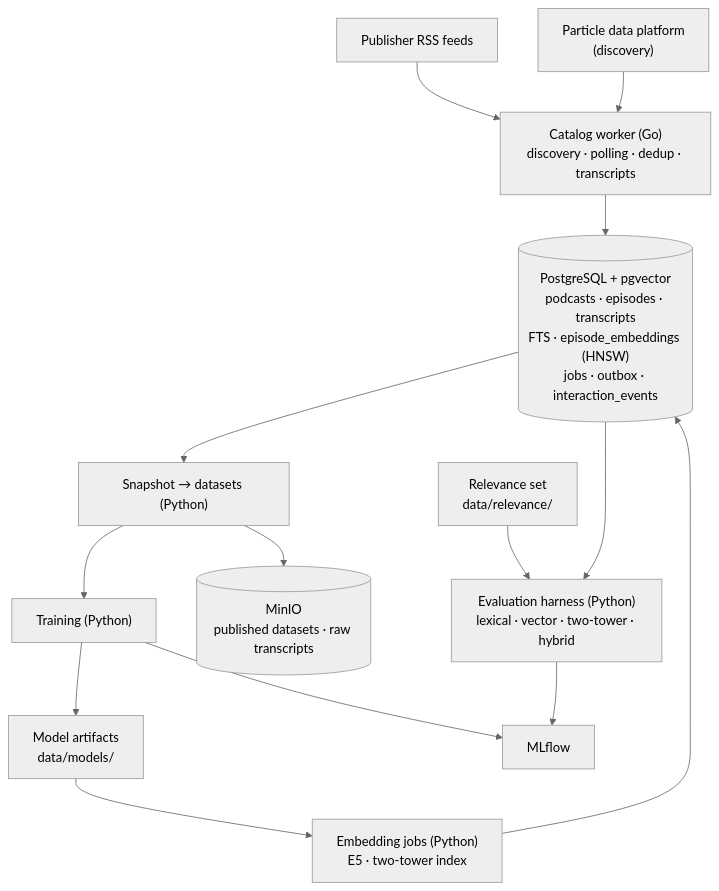
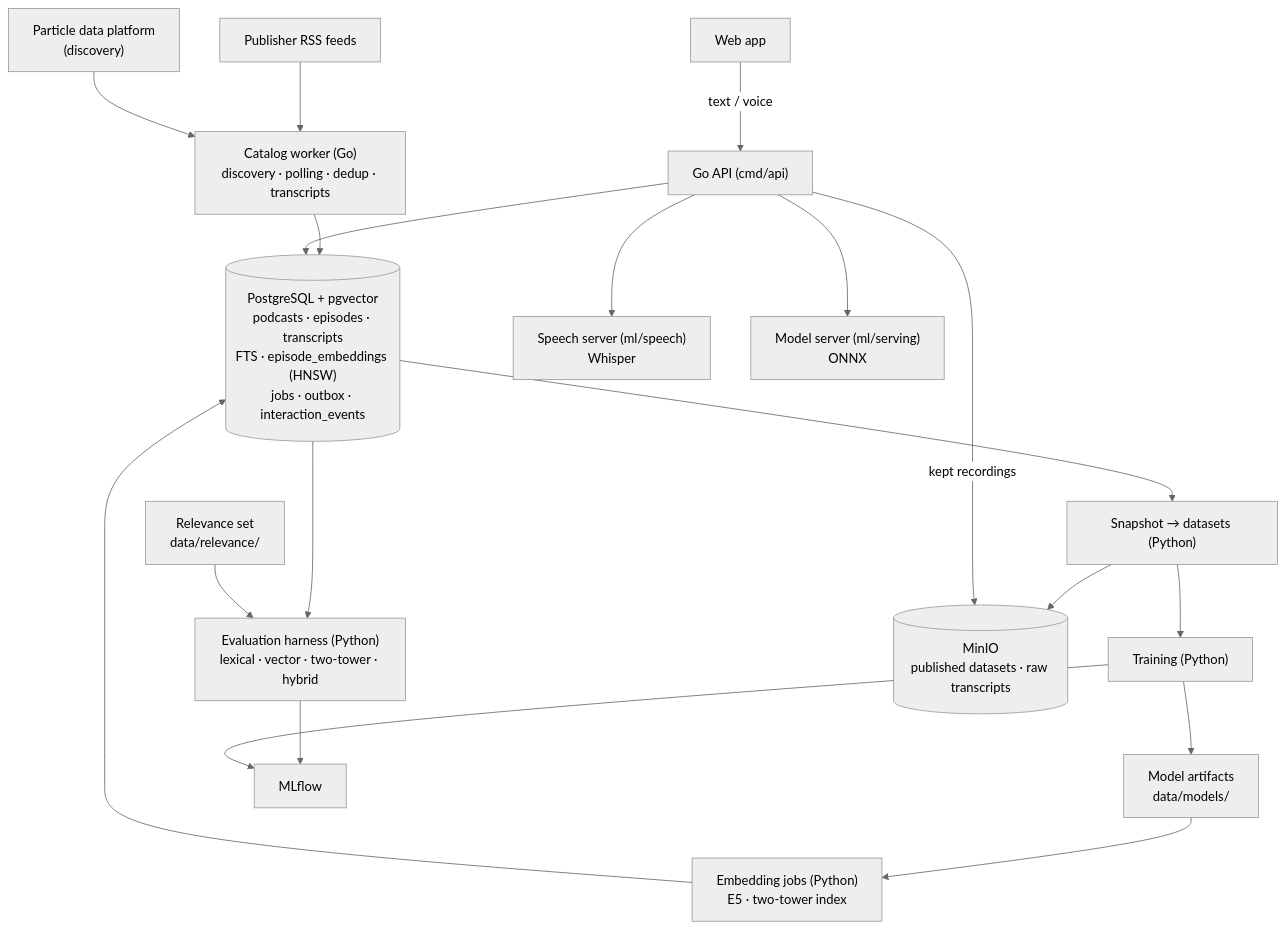
The diagram in docs/01-architecture.md (poornanat1/podcast-retrieval), drawn with Mermaid (neutral theme) before and after one commit. The commit also changed other lines of this file and 7 other files, not shown here.

````diff
--- a/docs/01-architecture.md
+++ b/docs/01-architecture.md
@@ -3,16 +3,21 @@
 ```mermaid
 flowchart TB
     FEEDS["Publisher RSS feeds"] --> CW["Catalog worker (Go)<br/>discovery · polling · dedup · transcripts"]
     PART["Particle data platform<br/>(discovery)"] --> CW
     CW --> PG[("PostgreSQL + pgvector<br/>podcasts · episodes · transcripts<br/>FTS · episode_embeddings (HNSW)<br/>jobs · outbox · interaction_events")]
     EMB["Embedding jobs (Python)<br/>E5 · two-tower index"] --> PG
     PG --> SNAP["Snapshot → datasets (Python)"]
     SNAP --> TRAIN["Training (Python)"]
     TRAIN --> ART["Model artifacts<br/>data/models/"]
     ART --> EMB
     PG --> EVAL["Evaluation harness (Python)<br/>lexical · vector · two-tower · hybrid"]
     REL["Relevance set<br/>data/relevance/"] --> EVAL
     EVAL --> MLF["MLflow"]
     TRAIN --> MLF
     SNAP --> MINIO[("MinIO<br/>published datasets · raw transcripts")]
+    WEB["Web app"] -->|"text / voice"| API["Go API (cmd/api)"]
+    API --> STT["Speech server (ml/speech)<br/>Whisper"]
+    API --> MS["Model server (ml/serving)<br/>ONNX"]
+    API --> PG
+    API -->|"kept recordings"| MINIO
 ```
````
